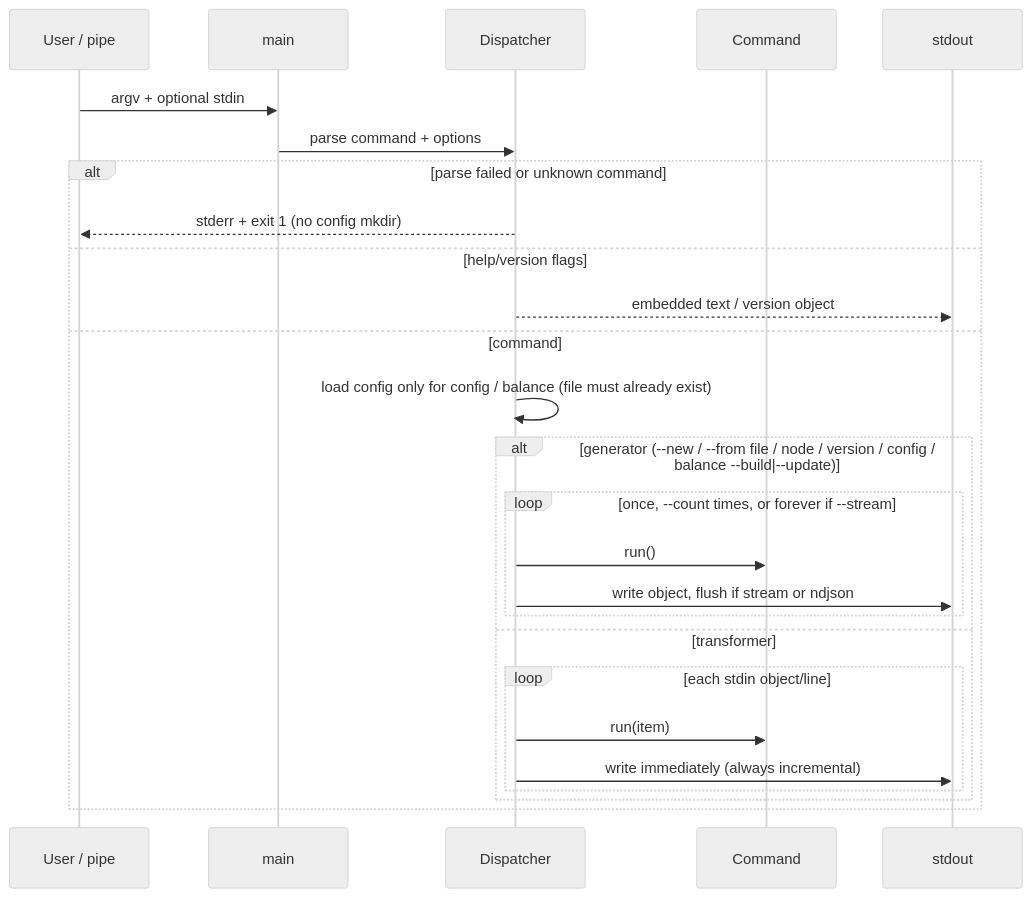
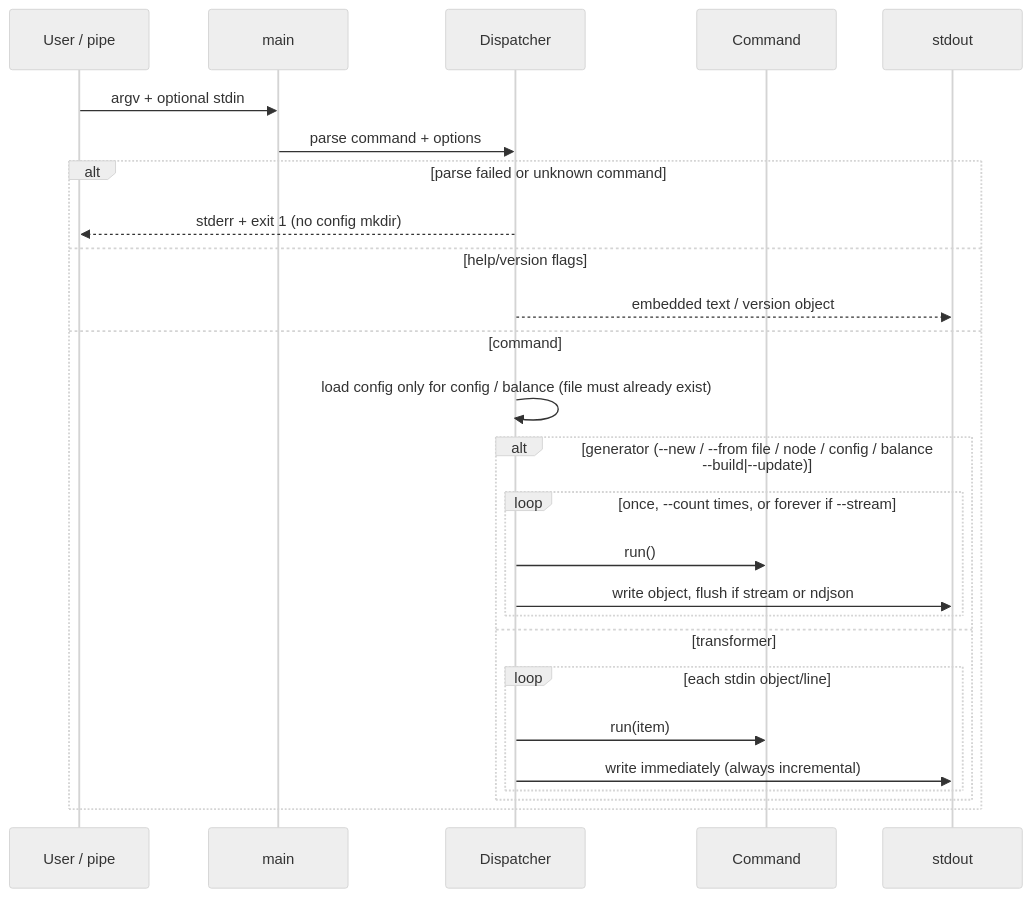
Before and after one commit to bartobri/bitcoin-toolkit: the second of 3 diagrams in REBUILD.md, drawn with Mermaid (neutral theme). The commit also changed other lines of this file and 2 other files, not shown here.

First line of the commit message:
Drop the planned version command; --version is enough.

````diff
--- a/REBUILD.md
+++ b/REBUILD.md
@@ -184,29 +183,29 @@
 ```mermaid
 sequenceDiagram
     participant U as User / pipe
     participant M as main
     participant D as Dispatcher
     participant C as Command
     participant O as stdout
 
     U->>M: argv + optional stdin
     M->>D: parse command + options
     alt parse failed or unknown command
         D-->>U: stderr + exit 1 (no config mkdir)
     else help/version flags
         D-->>O: embedded text / version object
     else command
         D->>D: load config only for config / balance (file must already exist)
-        alt generator (--new / --from file / node / version / config / balance --build|--update)
+        alt generator (--new / --from file / node / config / balance --build|--update)
             loop once, --count times, or forever if --stream
                 D->>C: run()
                 D->>O: write object, flush if stream or ndjson
             end
         else transformer
             loop each stdin object/line
                 D->>C: run(item)
                 D->>O: write immediately (always incremental)
             end
         end
     end
 ```
````
